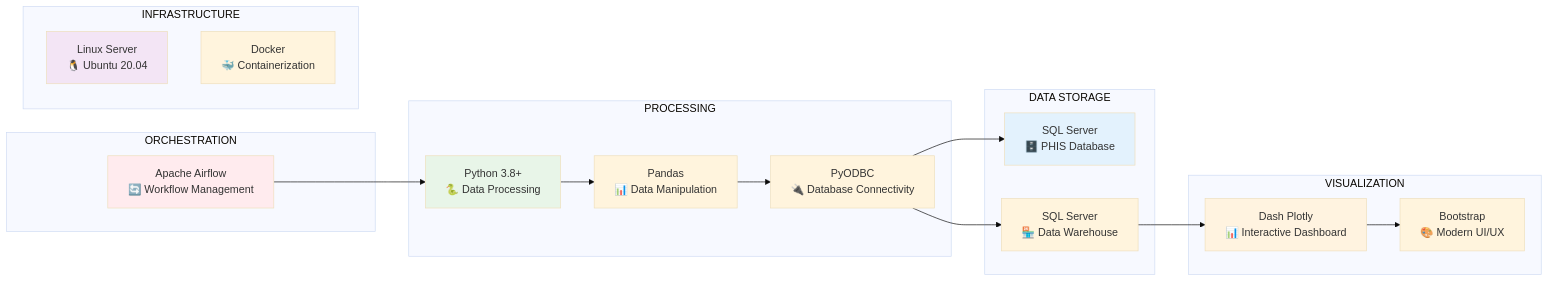
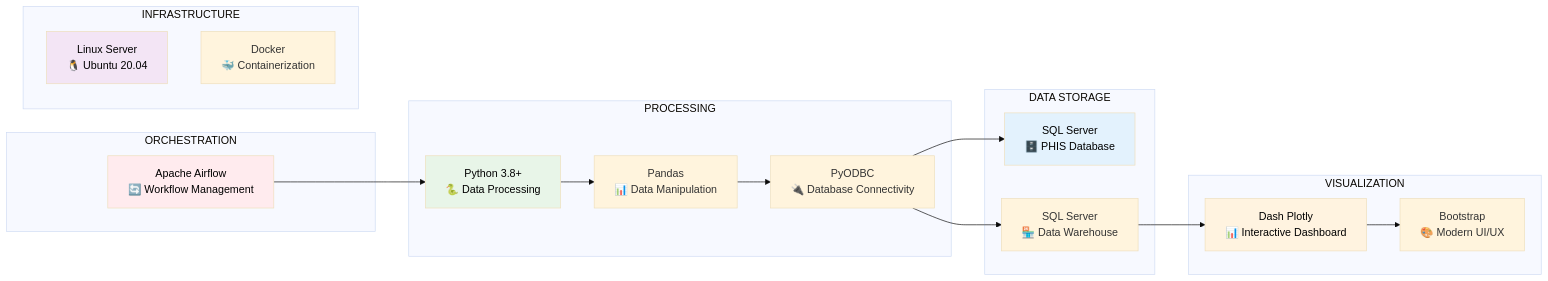
Before and after one commit to sonphampac/ReportAI: the second of 13 diagrams in README_CDP_PAC.md, drawn with Mermaid (base theme). The commit also changed other lines of this file, not shown here.

````diff
--- a/README_CDP_PAC.md
+++ b/README_CDP_PAC.md
@@ -388,41 +365,41 @@
 ```mermaid
 graph LR
     subgraph "ORCHESTRATION"
         A1[Apache Airflow<br/>🔄 Workflow Management]
     end
     
     subgraph "PROCESSING"
         B1[Python 3.8+<br/>🐍 Data Processing]
         B2[Pandas<br/>📊 Data Manipulation]
         B3[PyODBC<br/>🔌 Database Connectivity]
     end
     
     subgraph "DATA STORAGE"
         C1[SQL Server<br/>🗄️ PHIS Database]
         C2[SQL Server<br/>🏪 Data Warehouse]
     end
     
     subgraph "VISUALIZATION"
         D1[Dash Plotly<br/>📊 Interactive Dashboard]
         D2[Bootstrap<br/>🎨 Modern UI/UX]
     end
     
     subgraph "INFRASTRUCTURE"
         E1[Linux Server<br/>🐧 Ubuntu 20.04]
         E2[Docker<br/>🐳 Containerization]
     end
     
     A1 --> B1
     B1 --> B2
     B2 --> B3
     B3 --> C1
     B3 --> C2
     C2 --> D1
     D1 --> D2
     
-    style A1 fill:#ffebee
-    style B1 fill:#e8f5e8
-    style C1 fill:#e3f2fd
-    style D1 fill:#fff3e0
-    style E1 fill:#f3e5f5
+    style A1 fill:#ffebee,color:#000000
+    style B1 fill:#e8f5e8,color:#000000
+    style C1 fill:#e3f2fd,color:#000000
+    style D1 fill:#fff3e0,color:#000000
+    style E1 fill:#f3e5f5,color:#000000
 ```
````
